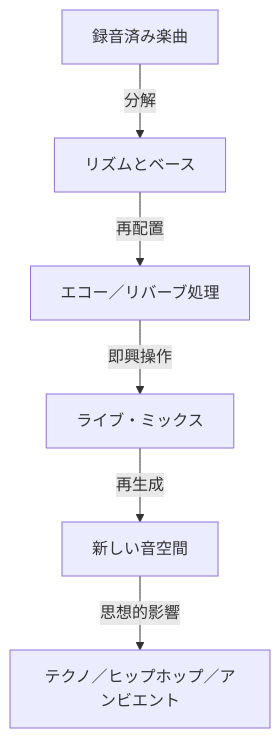
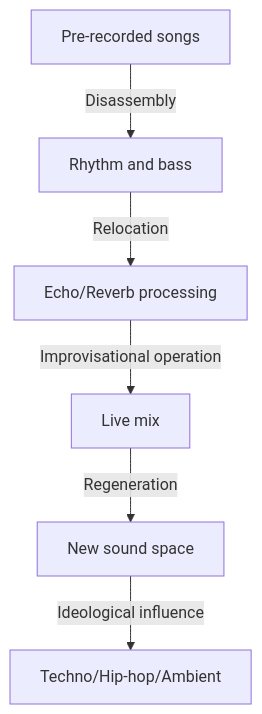
The second of 2 diagrams in en/_posts/2025-11-01-column-dub-universe.md (monumental-movement/monumental-movement.github.io), drawn with Mermaid before and after one commit. The commit also changed other lines of this file and 1719 other files, not shown here.

```diff
--- a/en/_posts/2025-11-01-column-dub-universe.md
+++ b/en/_posts/2025-11-01-column-dub-universe.md
@@ -177,10 +181,10 @@
 <div class="mermaid">
 
 graph TD
-  A[録音済み楽曲] -->|分解| B[リズムとベース]
-  B -->|再配置| C[エコー／リバーブ処理]
-  C -->|即興操作| D[ライブ・ミックス]
-  D -->|再生成| E[新しい音空間]
-  E -->|思想的影響| F[テクノ／ヒップホップ／アンビエント]
+A[Pre-recorded songs] -->|Disassembly| B[Rhythm and bass]
+B -->|Relocation| C[Echo/Reverb processing]
+C -->|Improvisational operation| D[Live mix]
+D -->|Regeneration| E[New sound space]
+E -->|Ideological influence| F[Techno/Hip-hop/Ambient]
 
 </div>
```
